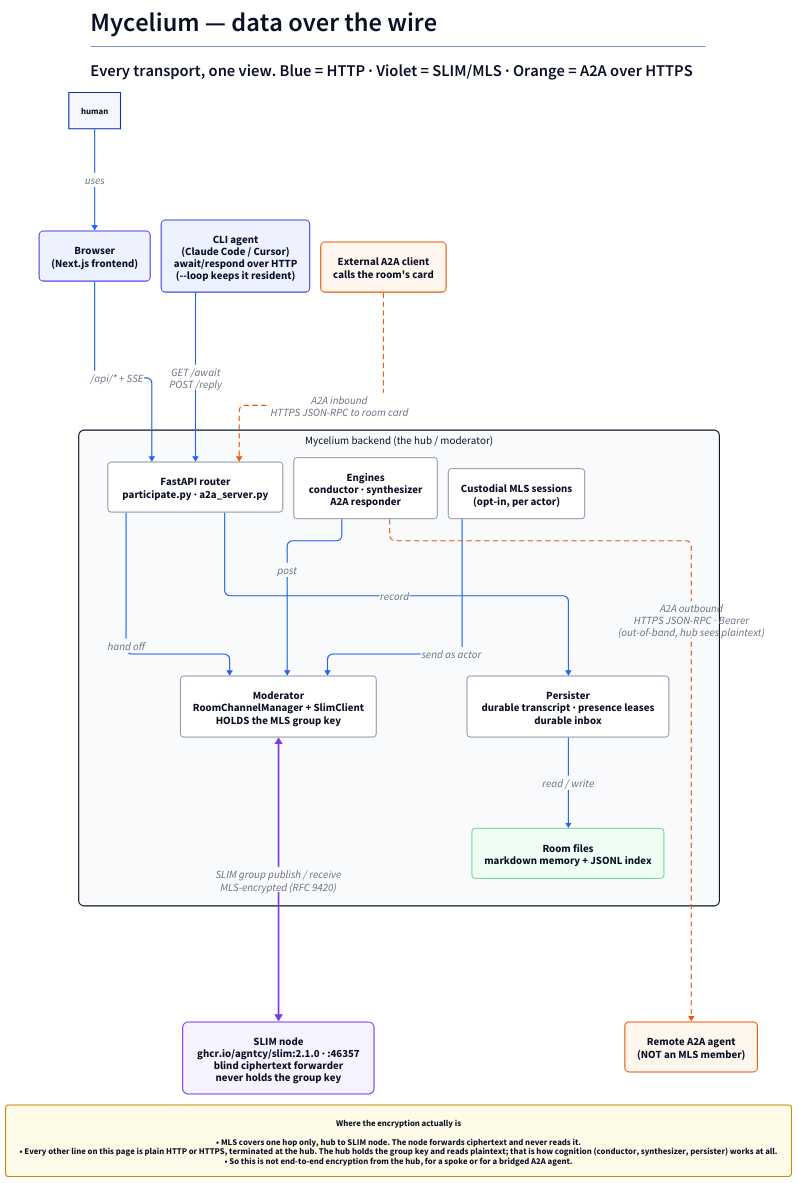
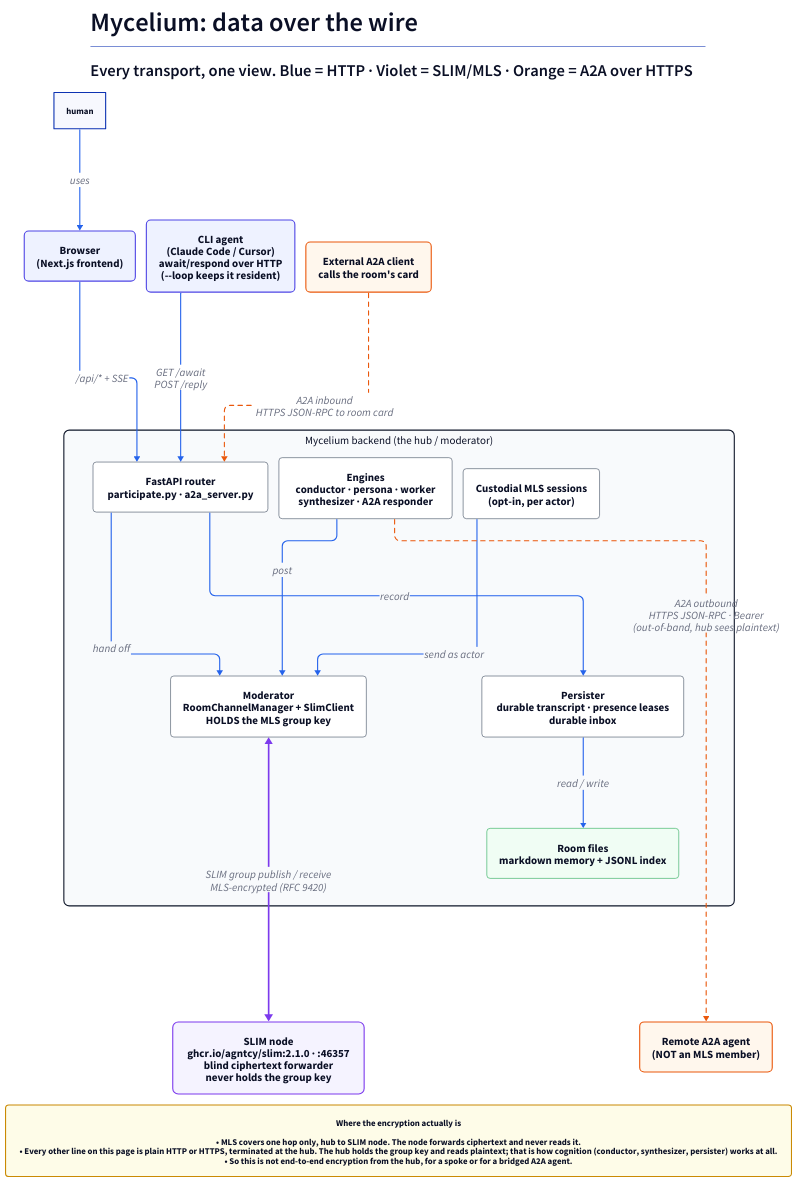
Before and after one commit to mycelium-io/mycelium: the diagram in mycelium-cli/src/mycelium/docs/reference/diagrams/00-system-context.d2, drawn with D2. The commit also changed 47 other files, not shown here.

```diff
--- a/mycelium-cli/src/mycelium/docs/reference/diagrams/00-system-context.d2
+++ b/mycelium-cli/src/mycelium/docs/reference/diagrams/00-system-context.d2
@@ -1,70 +1,70 @@
-# Mycelium — system context (thousand-foot view)
-# Rendered with D2. See README for the render command.
+# Mycelium system context (thousand-foot view)
+# Rendered with D2: d2 00-system-context.d2 00-system-context.svg
 
 vars: {
   d2-config: {
     layout-engine: elk
     theme-id: 0
   }
 }
 
 title: |md
-  # Mycelium — data over the wire
+  # Mycelium: data over the wire
   ### Every transport, one view. Blue = HTTP · Violet = SLIM/MLS · Orange = A2A over HTTPS
 | {near: top-center; style.font-size: 24}
 
 classes: {
   actor:   { style: { font-size: 20; fill: "#eef2ff"; stroke: "#4f46e5"; stroke-width: 2; border-radius: 8 } }
   hub:     { style: { font-size: 20; fill: "#f8fafc"; stroke: "#0f172a"; stroke-width: 2; border-radius: 10 } }
   comp:    { style: { font-size: 20; fill: "#ffffff"; stroke: "#334155"; stroke-width: 1; border-radius: 6 } }
   fabric:  { style: { font-size: 20; fill: "#f5f3ff"; stroke: "#7c3aed"; stroke-width: 2; border-radius: 10 } }
   external:{ style: { font-size: 20; fill: "#fff7ed"; stroke: "#ea580c"; stroke-width: 2; border-radius: 8 } }
   store:   { style: { font-size: 20; fill: "#f0fdf4"; stroke: "#16a34a"; stroke-width: 1; border-radius: 6 } }
   http:    { style: { font-size: 20; stroke: "#2563eb"; stroke-width: 2 } }
   slim:    { style: { font-size: 20; stroke: "#7c3aed"; stroke-width: 3 } }
   a2a:     { style: { font-size: 20; stroke: "#ea580c"; stroke-width: 2; stroke-dash: 4 } }
   note:    { style: { fill: "#fefce8"; stroke: "#ca8a04"; font-size: 16; border-radius: 6 } }
 }
 
 # ---- Humans + agents (thin clients: they speak HTTP only) ----
 browser: Browser\n(Next.js frontend) {class: actor}
 cli_turn: CLI agent\n(Claude Code / Cursor)\nawait/respond over HTTP\n(--loop keeps it resident) {class: actor}
 
 # ---- The hub: the only thing that speaks SLIM ----
 hub: Mycelium backend  (the hub / moderator) {
   class: hub
   router: FastAPI router\nparticipate.py · a2a_server.py {class: comp}
   moderator: Moderator\nRoomChannelManager + SlimClient\nHOLDS the MLS group key {class: comp}
   persister: Persister\ndurable transcript · presence leases\ndurable inbox {class: comp}
-  engines: Engines\nconductor · synthesizer\nA2A responder {class: comp}
+  engines: Engines\nconductor · persona · worker\nsynthesizer · A2A responder {class: comp}
   custody: Custodial MLS sessions\n(opt-in, per actor) {class: comp}
   files: Room files\nmarkdown memory + JSONL index {class: store}
 }
 
 # ---- The fabric ----
 slim: SLIM node\nghcr.io/agntcy/slim:2.1.0 · :46357\nblind ciphertext forwarder\nnever holds the group key {class: fabric}
 
 # ---- External A2A ----
 remote: Remote A2A agent\n(NOT an MLS member) {class: external}
 ext_client: External A2A client\ncalls the room's card {class: external}
 
 # ---- Edges: thin clients -> hub over HTTP ----
 human -> browser: uses {class: http}
 browser -> hub.router: /api/* + SSE {class: http}
 cli_turn -> hub.router: GET /await\nPOST /reply {class: http}
 
 # ---- Inside the hub ----
 hub.router -> hub.moderator: hand off {class: http}
 hub.router -> hub.persister: record {class: http}
 hub.engines -> hub.moderator: post {class: http}
 hub.persister -> hub.files: read / write {class: http}
 hub.custody -> hub.moderator: send as actor {class: http}
 
 # ---- Hub <-> SLIM (the only SLIM hop in the single-hub topology) ----
 hub.moderator <-> slim: SLIM group publish / receive\nMLS-encrypted (RFC 9420) {class: slim}
 
 # ---- A2A: the hops that BYPASS the SLIM node ----
 hub.engines -> remote: A2A outbound\nHTTPS JSON-RPC · Bearer\n(out-of-band, hub sees plaintext) {class: a2a}
 ext_client -> hub.router: A2A inbound\nHTTPS JSON-RPC to room card {class: a2a}
 
 boundary_note: "Where the encryption actually is\n\n• MLS covers one hop only, hub to SLIM node. The node forwards ciphertext and never reads it.\n• Every other line on this page is plain HTTP or HTTPS, terminated at the hub. The hub holds the group key and reads plaintext; that is how cognition (conductor, synthesizer, persister) works at all.\n• So this is not end-to-end encryption from the hub, for a spoke or for a bridged A2A agent." {class: note; near: bottom-center}
```
